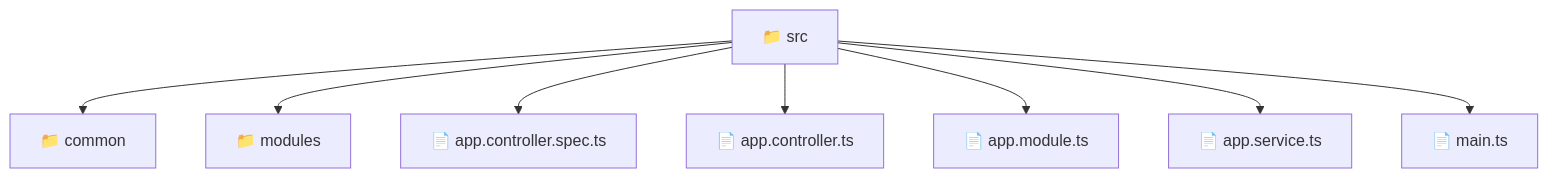
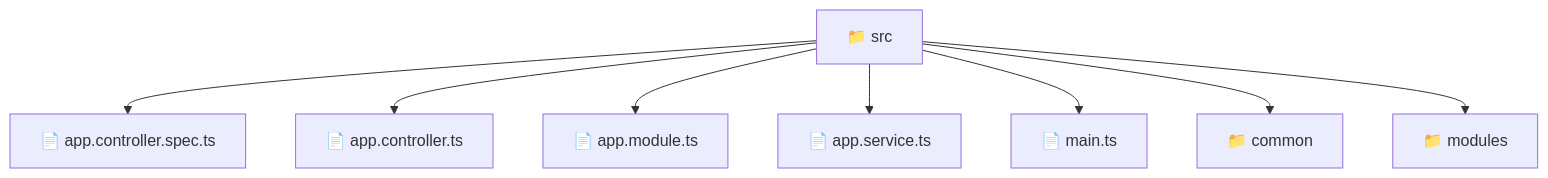
Before and after one commit to beginwebdev2002/fullstack-mavluda: the diagram in backend/src/README.md, drawn with Mermaid. The commit also changed other lines of this file and 166 other files, not shown here.

First line of the commit message:
docs: generate repository-wide architectural README files

````diff
--- a/backend/src/README.md
+++ b/backend/src/README.md
@@ -9,11 +11,18 @@
 ```mermaid
 graph TD
-  Root["📁 src"]
-  Root --> common["📁 common"]
-  Root --> modules["📁 modules"]
-  Root --> app_controller_spec_ts["📄 app.controller.spec.ts"]
-  Root --> app_controller_ts["📄 app.controller.ts"]
-  Root --> app_module_ts["📄 app.module.ts"]
-  Root --> app_service_ts["📄 app.service.ts"]
-  Root --> main_ts["📄 main.ts"]
+  f_Root_src["📁 src"]
+  f_app_controller_spec_ts["📄 app.controller.spec.ts"]
+  f_Root_src --> f_app_controller_spec_ts
+  f_app_controller_ts["📄 app.controller.ts"]
+  f_Root_src --> f_app_controller_ts
+  f_app_module_ts["📄 app.module.ts"]
+  f_Root_src --> f_app_module_ts
+  f_app_service_ts["📄 app.service.ts"]
+  f_Root_src --> f_app_service_ts
+  f_main_ts["📄 main.ts"]
+  f_Root_src --> f_main_ts
+  f_Dir_common["📁 common"]
+  f_Root_src --> f_Dir_common
+  f_Dir_modules["📁 modules"]
+  f_Root_src --> f_Dir_modules
 ```
````
